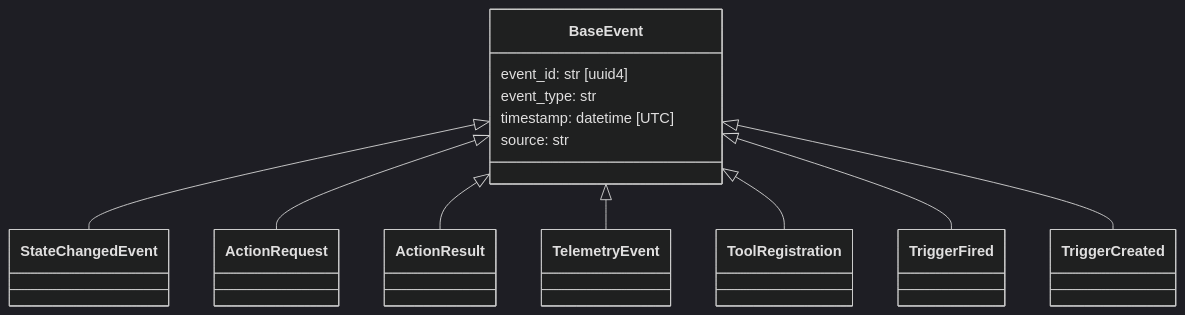
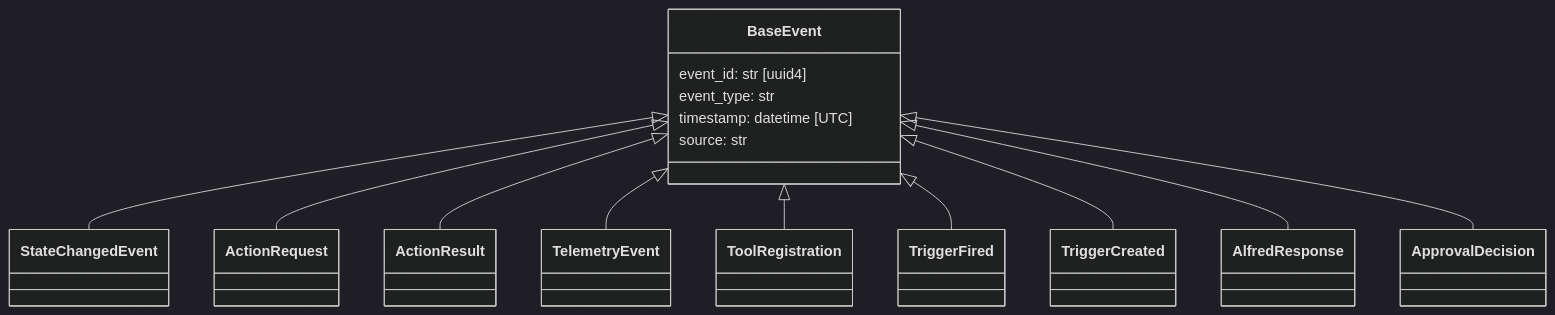
The second of 4 diagrams in docs/event-bus.md (anirudhlath/alfred), drawn with Mermaid (dark theme) before and after one commit. The commit also changed other lines of this file and 114 other files, not shown here.

````diff
--- a/docs/event-bus.md
+++ b/docs/event-bus.md
@@ -27,17 +27,19 @@
 ```mermaid
 classDiagram
     BaseEvent <|-- StateChangedEvent
     BaseEvent <|-- ActionRequest
     BaseEvent <|-- ActionResult
     BaseEvent <|-- TelemetryEvent
     BaseEvent <|-- ToolRegistration
     BaseEvent <|-- TriggerFired
     BaseEvent <|-- TriggerCreated
+    BaseEvent <|-- AlfredResponse
+    BaseEvent <|-- ApprovalDecision
 
     class BaseEvent {
         event_id: str [uuid4]
         event_type: str
         timestamp: datetime [UTC]
         source: str
     }
 ```
````
